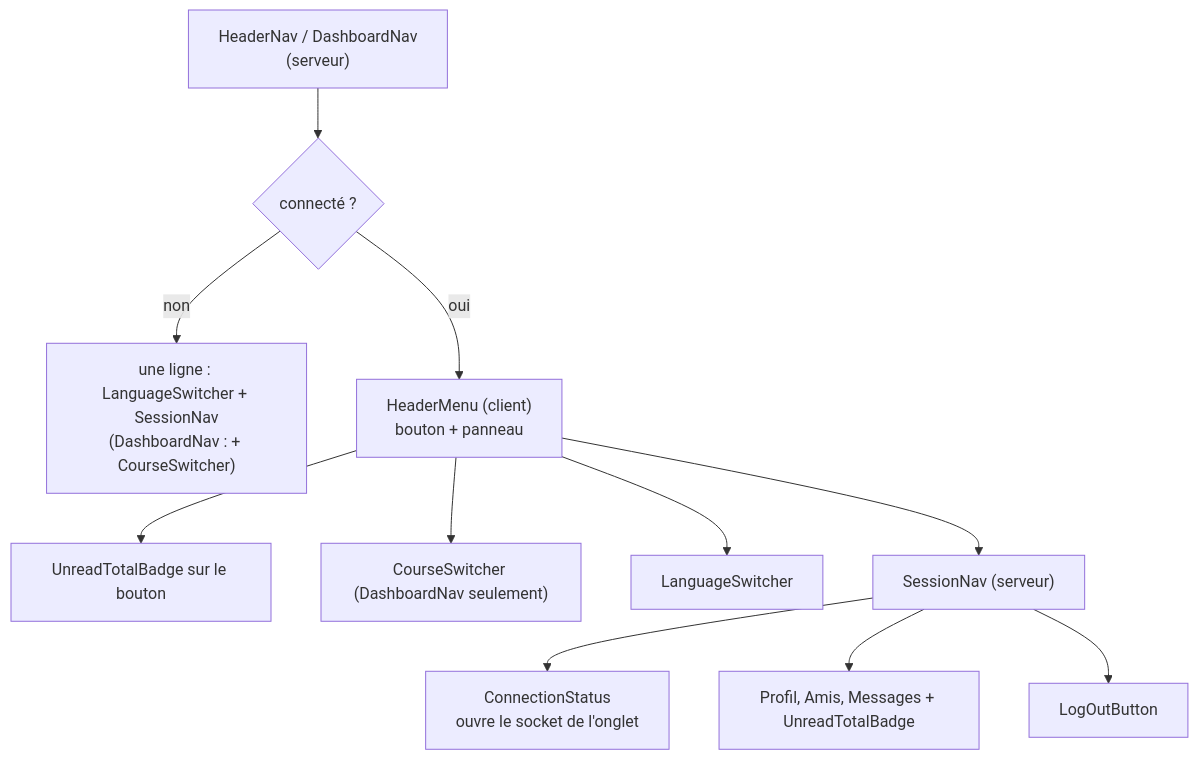
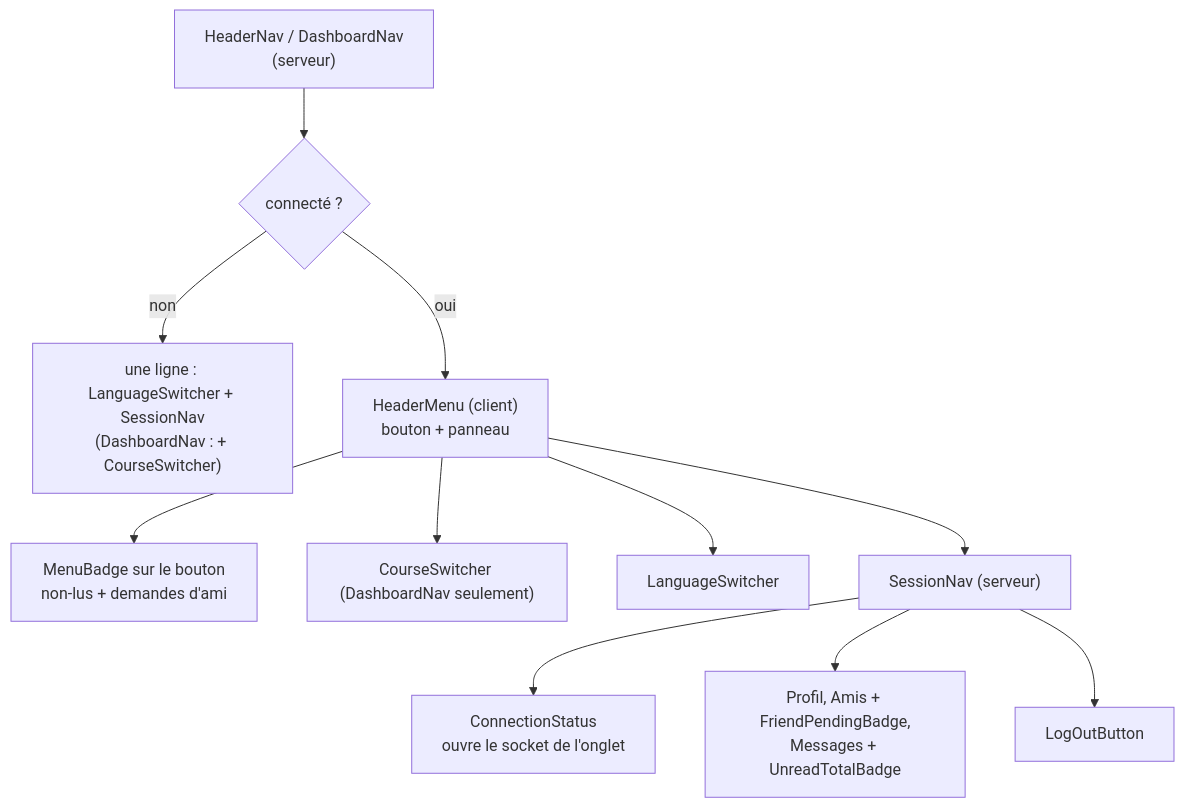
One commit to VictorBro/ft_transcendence changed the second of 5 diagrams in docs-fr/web/03-shell-components.md. Above: the diagram before and after it, drawn with Mermaid. The commit also changed other lines of this file and 223 other files, not shown here.

````diff
--- a/docs-fr/web/03-shell-components.md
+++ b/docs-fr/web/03-shell-components.md
@@ -44,13 +44,13 @@
 ```mermaid
 flowchart TD
     HN["HeaderNav / DashboardNav<br/>(serveur)"] --> Q{"connecté ?"}
     Q -- non --> ROW["une ligne : LanguageSwitcher + SessionNav<br/>(DashboardNav : + CourseSwitcher)"]
     Q -- oui --> HM["HeaderMenu (client)<br/>bouton + panneau"]
-    HM --> UB1["UnreadTotalBadge sur le bouton"]
+    HM --> UB1["MenuBadge sur le bouton<br/>non-lus + demandes d'ami"]
     HM --> CS["CourseSwitcher (DashboardNav seulement)"]
     HM --> LSW["LanguageSwitcher"]
     HM --> SN["SessionNav (serveur)"]
     SN --> CON["ConnectionStatus<br/>ouvre le socket de l'onglet"]
-    SN --> LINKS["Profil, Amis, Messages + UnreadTotalBadge"]
+    SN --> LINKS["Profil, Amis + FriendPendingBadge,<br/>Messages + UnreadTotalBadge"]
     SN --> LO["LogOutButton"]
 ```
````
